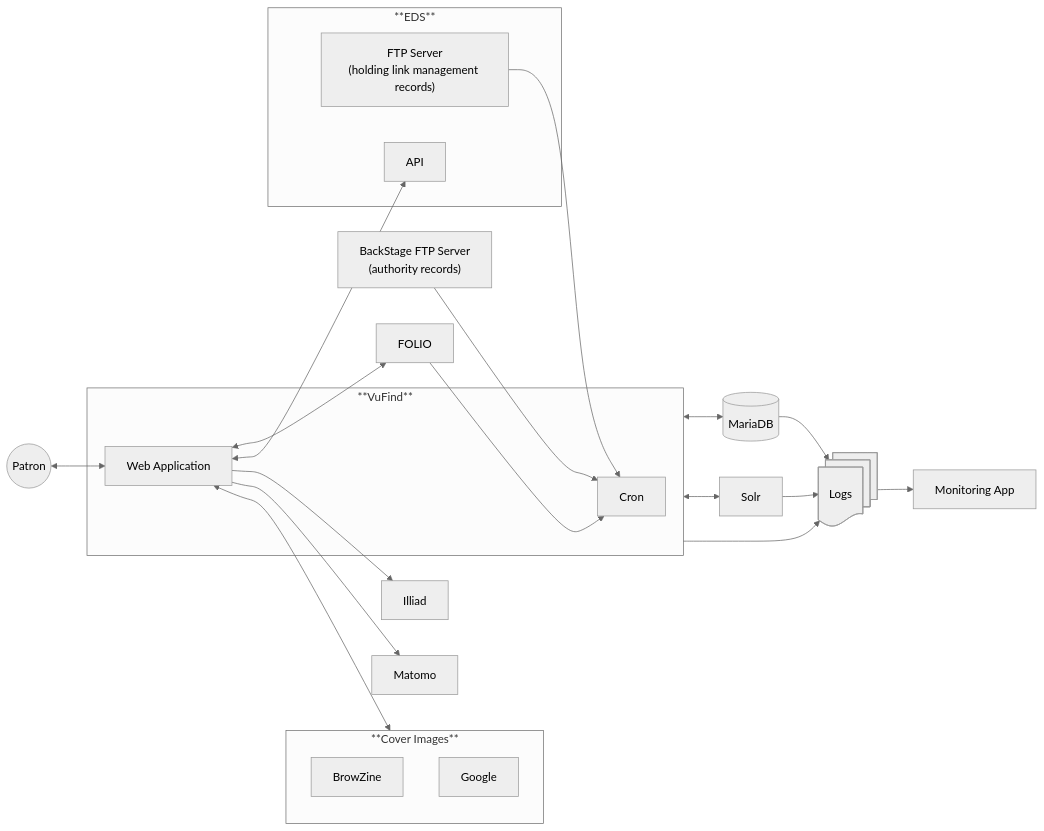
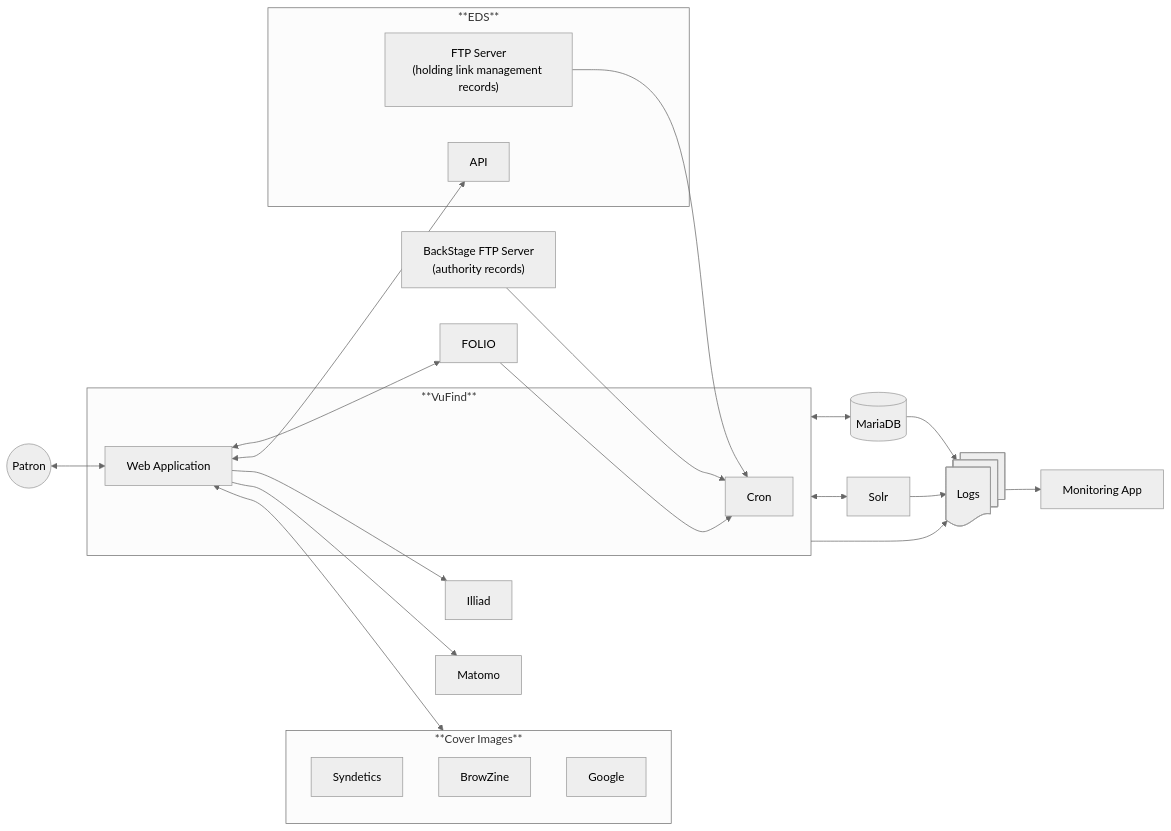
One commit to MSU-Libraries/catalog changed the diagram in docs/tech-overview.md. Above: the diagram before and after it, drawn with Mermaid (neutral theme).

Commit message:
Add Syndetics cover images to documentation

````diff
--- a/docs/tech-overview.md
+++ b/docs/tech-overview.md
@@ -101,51 +101,52 @@
 ```mermaid
 graph LR
 
 Patron((Patron))
 FOLIO[FOLIO]
 BackStage["`BackStage FTP Server
 (authority records)`"]
 Monitoring[Monitoring App]
 Logs@{ shape: docs, label: "Logs"}
 MariaDB[(MariaDB)]
 Solr[Solr]
 Illiad["Illiad"]
 Matomo[Matomo]
 
 FOLIO --> VuFindCron
 HLM --> VuFindCron
 BackStage --> VuFindCron
 
 Patron <--> VuFindWeb
 
 VuFindWeb <--> FOLIO
 VuFindWeb <--> EDSAPI
 VuFindWeb <--> CoverImages
 VuFindWeb --> Illiad
 VuFindWeb --> Matomo
 
 VuFind <--> MariaDB
 VuFind <--> Solr
 
 
 VuFind --> Logs
 MariaDB --> Logs
 Solr --> Logs
 Logs --> Monitoring
 
 subgraph VuFind["**VuFind**"]
 VuFindWeb[Web Application]
 VuFindCron[Cron]
 end
 
 subgraph EDS["**EDS**"]
 HLM["`FTP Server
 (holding link management records)`"]
 EDSAPI[API]
 end
 
 subgraph CoverImages["**Cover Images**"]
+Syndetics[Syndetics]
 BrowZine[BrowZine]
 Google[Google]
 end
 ```
````
